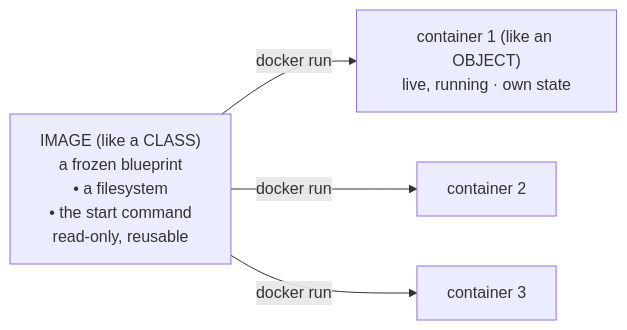
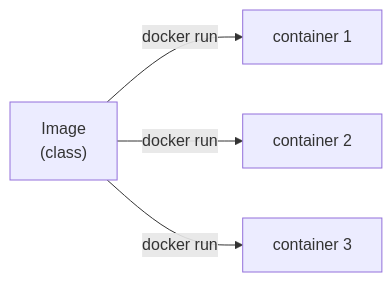
The first of 3 diagrams in guides/docker-without-the-magic/01-image-vs-container.md (Topurrra/themissingmanual), drawn with Mermaid before and after one commit. The commit also changed other lines of this file and 15 other files, not shown here.

Commit message:
fixed mermaid diagrams

````diff
--- a/guides/docker-without-the-magic/01-image-vs-container.md
+++ b/guides/docker-without-the-magic/01-image-vs-container.md
@@ -23,10 +23,6 @@
 ```mermaid
 flowchart LR
-  IMG["IMAGE (like a CLASS)<br/>a frozen blueprint<br/>• a filesystem<br/>• the start command<br/>read-only, reusable"]
-  C1["container 1 (like an OBJECT)<br/>live, running · own state"]
-  C2["container 2"]
-  C3["container 3"]
-  IMG -- docker run --> C1
-  IMG -- docker run --> C2
-  IMG -- docker run --> C3
+  IMG["Image<br/>(class)"] -->|docker run| C1["container 1"]
+  IMG -->|docker run| C2["container 2"]
+  IMG -->|docker run| C3["container 3"]
 ```
````
